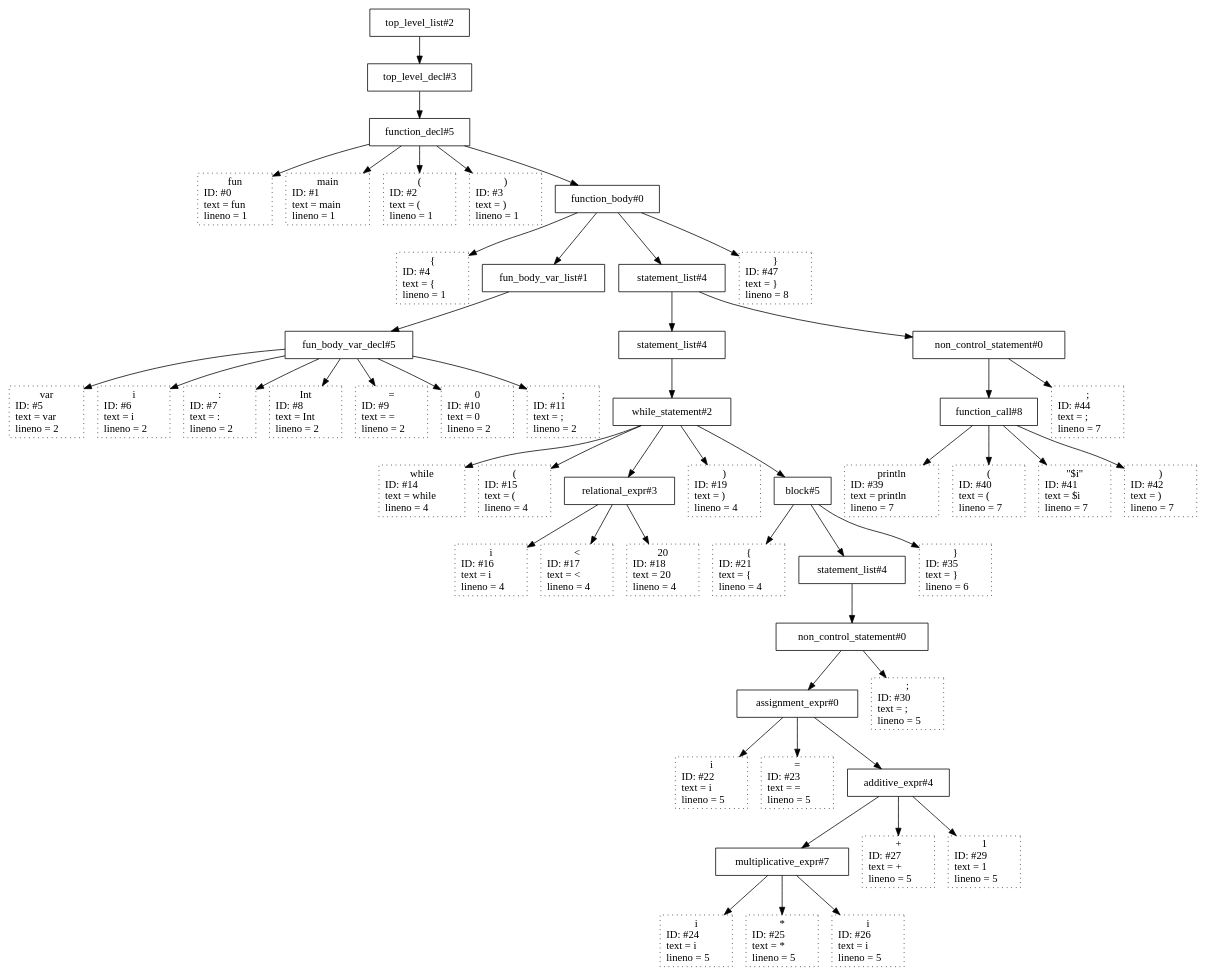
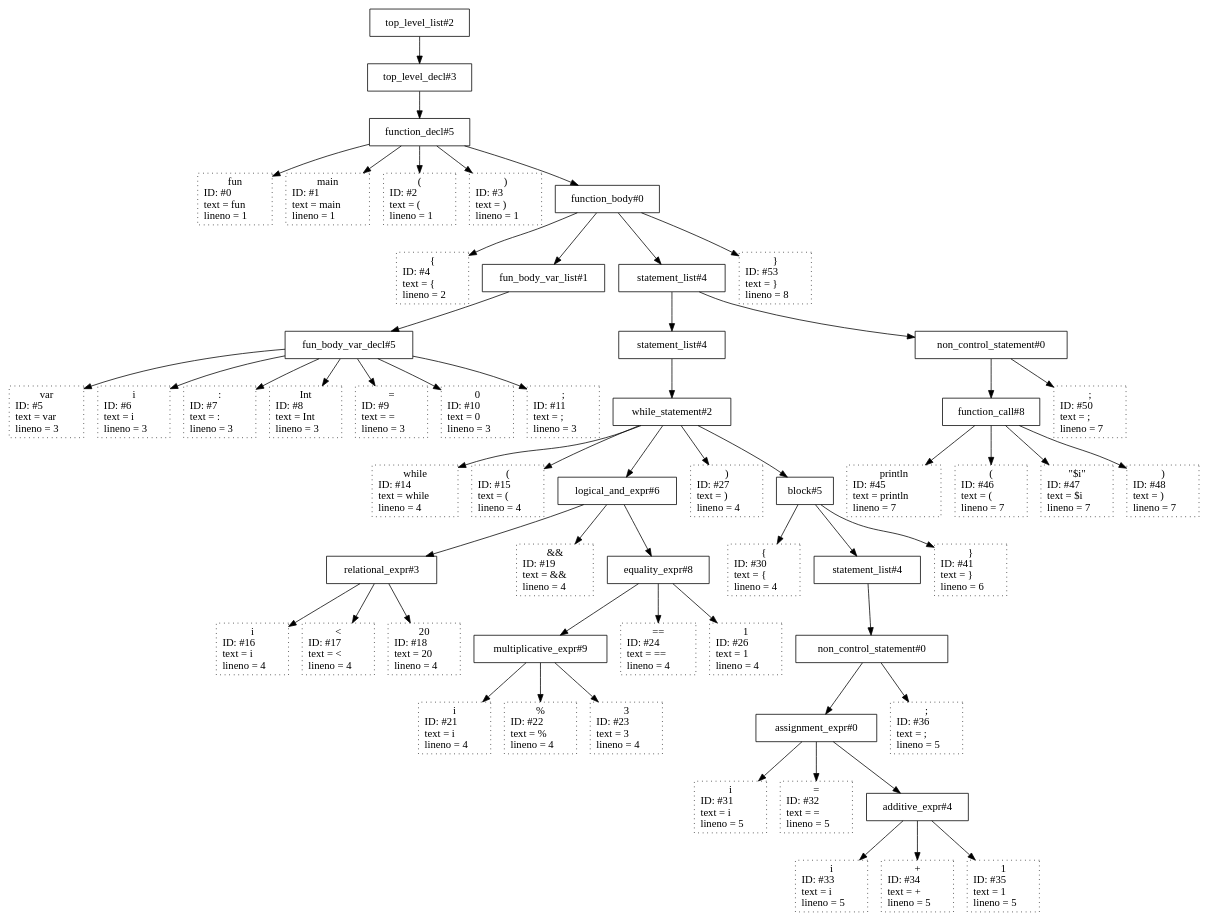
One commit to JaxenBujy/k0_compiler_group changed the diagram in foo2.kt_tree.dot. Above: the diagram before and after it, drawn with Graphviz. The commit also changed 24 other files, not shown here.

```diff
--- a/foo2.kt_tree.dot
+++ b/foo2.kt_tree.dot
@@ -1,105 +1,117 @@
 digraph {
-N51 [shape=box label="top_level_list#2"];
-N51 -> N50;
-N50 [shape=box label="top_level_decl#3"];
-N50 -> N49;
-N49 [shape=box label="function_decl#5"];
-N49 -> N0;
+N57 [shape=box label="top_level_list#2"];
+N57 -> N56;
+N56 [shape=box label="top_level_decl#3"];
+N56 -> N55;
+N55 [shape=box label="function_decl#5"];
+N55 -> N0;
 N0 [shape=box style=dotted label=" fun \n ID: #0 \l text = fun \l lineno = 1\l"];
-N49 -> N1;
+N55 -> N1;
 N1 [shape=box style=dotted label=" main \n ID: #1 \l text = main \l lineno = 1\l"];
-N49 -> N2;
+N55 -> N2;
 N2 [shape=box style=dotted label=" ( \n ID: #2 \l text = ( \l lineno = 1\l"];
-N49 -> N3;
+N55 -> N3;
 N3 [shape=box style=dotted label=" ) \n ID: #3 \l text = ) \l lineno = 1\l"];
-N49 -> N48;
-N48 [shape=box label="function_body#0"];
-N48 -> N4;
-N4 [shape=box style=dotted label=" { \n ID: #4 \l text = { \l lineno = 1\l"];
-N48 -> N13;
+N55 -> N54;
+N54 [shape=box label="function_body#0"];
+N54 -> N4;
+N4 [shape=box style=dotted label=" { \n ID: #4 \l text = { \l lineno = 2\l"];
+N54 -> N13;
 N13 [shape=box label="fun_body_var_list#1"];
 N13 -> N12;
 N12 [shape=box label="fun_body_var_decl#5"];
 N12 -> N5;
-N5 [shape=box style=dotted label=" var \n ID: #5 \l text = var \l lineno = 2\l"];
+N5 [shape=box style=dotted label=" var \n ID: #5 \l text = var \l lineno = 3\l"];
 N12 -> N6;
-N6 [shape=box style=dotted label=" i \n ID: #6 \l text = i \l lineno = 2\l"];
+N6 [shape=box style=dotted label=" i \n ID: #6 \l text = i \l lineno = 3\l"];
 N12 -> N7;
-N7 [shape=box style=dotted label=" : \n ID: #7 \l text = : \l lineno = 2\l"];
+N7 [shape=box style=dotted label=" : \n ID: #7 \l text = : \l lineno = 3\l"];
 N12 -> N8;
-N8 [shape=box style=dotted label=" Int \n ID: #8 \l text = Int \l lineno = 2\l"];
+N8 [shape=box style=dotted label=" Int \n ID: #8 \l text = Int \l lineno = 3\l"];
 N12 -> N9;
-N9 [shape=box style=dotted label=" = \n ID: #9 \l text = = \l lineno = 2\l"];
+N9 [shape=box style=dotted label=" = \n ID: #9 \l text = = \l lineno = 3\l"];
 N12 -> N10;
-N10 [shape=box style=dotted label=" 0 \n ID: #10 \l text = 0 \l lineno = 2\l"];
+N10 [shape=box style=dotted label=" 0 \n ID: #10 \l text = 0 \l lineno = 3\l"];
 N12 -> N11;
-N11 [shape=box style=dotted label=" ; \n ID: #11 \l text = ; \l lineno = 2\l"];
-N48 -> N46;
-N46 [shape=box label="statement_list#4"];
-N46 -> N38;
-N38 [shape=box label="statement_list#4"];
-N38 -> N37;
-N37 [shape=box label="while_statement#2"];
-N37 -> N14;
+N11 [shape=box style=dotted label=" ; \n ID: #11 \l text = ; \l lineno = 3\l"];
+N54 -> N52;
+N52 [shape=box label="statement_list#4"];
+N52 -> N44;
+N44 [shape=box label="statement_list#4"];
+N44 -> N43;
+N43 [shape=box label="while_statement#2"];
+N43 -> N14;
 N14 [shape=box style=dotted label=" while \n ID: #14 \l text = while \l lineno = 4\l"];
-N37 -> N15;
+N43 -> N15;
 N15 [shape=box style=dotted label=" ( \n ID: #15 \l text = ( \l lineno = 4\l"];
-N37 -> N20;
+N43 -> N29;
+N29 [shape=box label="logical_and_expr#6"];
+N29 -> N20;
 N20 [shape=box label="relational_expr#3"];
 N20 -> N16;
 N16 [shape=box style=dotted label=" i \n ID: #16 \l text = i \l lineno = 4\l"];
 N20 -> N17;
 N17 [shape=box style=dotted label=" < \n ID: #17 \l text = < \l lineno = 4\l"];
 N20 -> N18;
 N18 [shape=box style=dotted label=" 20 \n ID: #18 \l text = 20 \l lineno = 4\l"];
-N37 -> N19;
-N19 [shape=box style=dotted label=" ) \n ID: #19 \l text = ) \l lineno = 4\l"];
-N37 -> N36;
-N36 [shape=box label="block#5"];
-N36 -> N21;
-N21 [shape=box style=dotted label=" { \n ID: #21 \l text = { \l lineno = 4\l"];
-N36 -> N34;
-N34 [shape=box label="statement_list#4"];
-N34 -> N33;
-N33 [shape=box label="non_control_statement#0"];
-N33 -> N32;
-N32 [shape=box label="assignment_expr#0"];
-N32 -> N22;
-N22 [shape=box style=dotted label=" i \n ID: #22 \l text = i \l lineno = 5\l"];
-N32 -> N23;
-N23 [shape=box style=dotted label=" = \n ID: #23 \l text = = \l lineno = 5\l"];
-N32 -> N31;
-N31 [shape=box label="additive_expr#4"];
-N31 -> N28;
-N28 [shape=box label="multiplicative_expr#7"];
+N29 -> N19;
+N19 [shape=box style=dotted label=" && \n ID: #19 \l text = && \l lineno = 4\l"];
+N29 -> N28;
+N28 [shape=box label="equality_expr#8"];
+N28 -> N25;
+N25 [shape=box label="multiplicative_expr#9"];
+N25 -> N21;
+N21 [shape=box style=dotted label=" i \n ID: #21 \l text = i \l lineno = 4\l"];
+N25 -> N22;
+N22 [shape=box style=dotted label=" % \n ID: #22 \l text = % \l lineno = 4\l"];
+N25 -> N23;
+N23 [shape=box style=dotted label=" 3 \n ID: #23 \l text = 3 \l lineno = 4\l"];
 N28 -> N24;
-N24 [shape=box style=dotted label=" i \n ID: #24 \l text = i \l lineno = 5\l"];
-N28 -> N25;
-N25 [shape=box style=dotted label=" * \n ID: #25 \l text = * \l lineno = 5\l"];
+N24 [shape=box style=dotted label=" == \n ID: #24 \l text = == \l lineno = 4\l"];
 N28 -> N26;
-N26 [shape=box style=dotted label=" i \n ID: #26 \l text = i \l lineno = 5\l"];
-N31 -> N27;
-N27 [shape=box style=dotted label=" + \n ID: #27 \l text = + \l lineno = 5\l"];
-N31 -> N29;
-N29 [shape=box style=dotted label=" 1 \n ID: #29 \l text = 1 \l lineno = 5\l"];
-N33 -> N30;
-N30 [shape=box style=dotted label=" ; \n ID: #30 \l text = ; \l lineno = 5\l"];
-N36 -> N35;
-N35 [shape=box style=dotted label=" } \n ID: #35 \l text = } \l lineno = 6\l"];
-N46 -> N45;
-N45 [shape=box label="non_control_statement#0"];
-N45 -> N43;
-N43 [shape=box label="function_call#8"];
-N43 -> N39;
-N39 [shape=box style=dotted label=" println \n ID: #39 \l text = println \l lineno = 7\l"];
-N43 -> N40;
-N40 [shape=box style=dotted label=" ( \n ID: #40 \l text = ( \l lineno = 7\l"];
-N43 -> N41;
-N41 [shape=box style=dotted label=" \"$i\" \n ID: #41 \l text = $i \l lineno = 7\l"];
+N26 [shape=box style=dotted label=" 1 \n ID: #26 \l text = 1 \l lineno = 4\l"];
+N43 -> N27;
+N27 [shape=box style=dotted label=" ) \n ID: #27 \l text = ) \l lineno = 4\l"];
 N43 -> N42;
-N42 [shape=box style=dotted label=" ) \n ID: #42 \l text = ) \l lineno = 7\l"];
-N45 -> N44;
-N44 [shape=box style=dotted label=" ; \n ID: #44 \l text = ; \l lineno = 7\l"];
-N48 -> N47;
-N47 [shape=box style=dotted label=" } \n ID: #47 \l text = } \l lineno = 8\l"];
+N42 [shape=box label="block#5"];
+N42 -> N30;
+N30 [shape=box style=dotted label=" { \n ID: #30 \l text = { \l lineno = 4\l"];
+N42 -> N40;
+N40 [shape=box label="statement_list#4"];
+N40 -> N39;
+N39 [shape=box label="non_control_statement#0"];
+N39 -> N38;
+N38 [shape=box label="assignment_expr#0"];
+N38 -> N31;
+N31 [shape=box style=dotted label=" i \n ID: #31 \l text = i \l lineno = 5\l"];
+N38 -> N32;
+N32 [shape=box style=dotted label=" = \n ID: #32 \l text = = \l lineno = 5\l"];
+N38 -> N37;
+N37 [shape=box label="additive_expr#4"];
+N37 -> N33;
+N33 [shape=box style=dotted label=" i \n ID: #33 \l text = i \l lineno = 5\l"];
+N37 -> N34;
+N34 [shape=box style=dotted label=" + \n ID: #34 \l text = + \l lineno = 5\l"];
+N37 -> N35;
+N35 [shape=box style=dotted label=" 1 \n ID: #35 \l text = 1 \l lineno = 5\l"];
+N39 -> N36;
+N36 [shape=box style=dotted label=" ; \n ID: #36 \l text = ; \l lineno = 5\l"];
+N42 -> N41;
+N41 [shape=box style=dotted label=" } \n ID: #41 \l text = } \l lineno = 6\l"];
+N52 -> N51;
+N51 [shape=box label="non_control_statement#0"];
+N51 -> N49;
+N49 [shape=box label="function_call#8"];
+N49 -> N45;
+N45 [shape=box style=dotted label=" println \n ID: #45 \l text = println \l lineno = 7\l"];
+N49 -> N46;
+N46 [shape=box style=dotted label=" ( \n ID: #46 \l text = ( \l lineno = 7\l"];
+N49 -> N47;
+N47 [shape=box style=dotted label=" \"$i\" \n ID: #47 \l text = $i \l lineno = 7\l"];
+N49 -> N48;
+N48 [shape=box style=dotted label=" ) \n ID: #48 \l text = ) \l lineno = 7\l"];
+N51 -> N50;
+N50 [shape=box style=dotted label=" ; \n ID: #50 \l text = ; \l lineno = 7\l"];
+N54 -> N53;
+N53 [shape=box style=dotted label=" } \n ID: #53 \l text = } \l lineno = 8\l"];
 }
```
